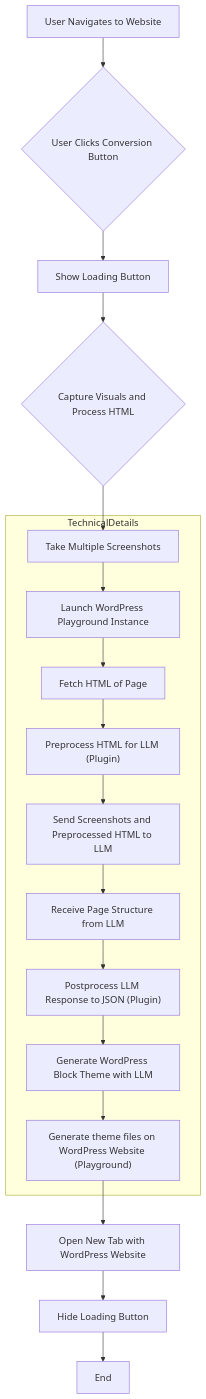
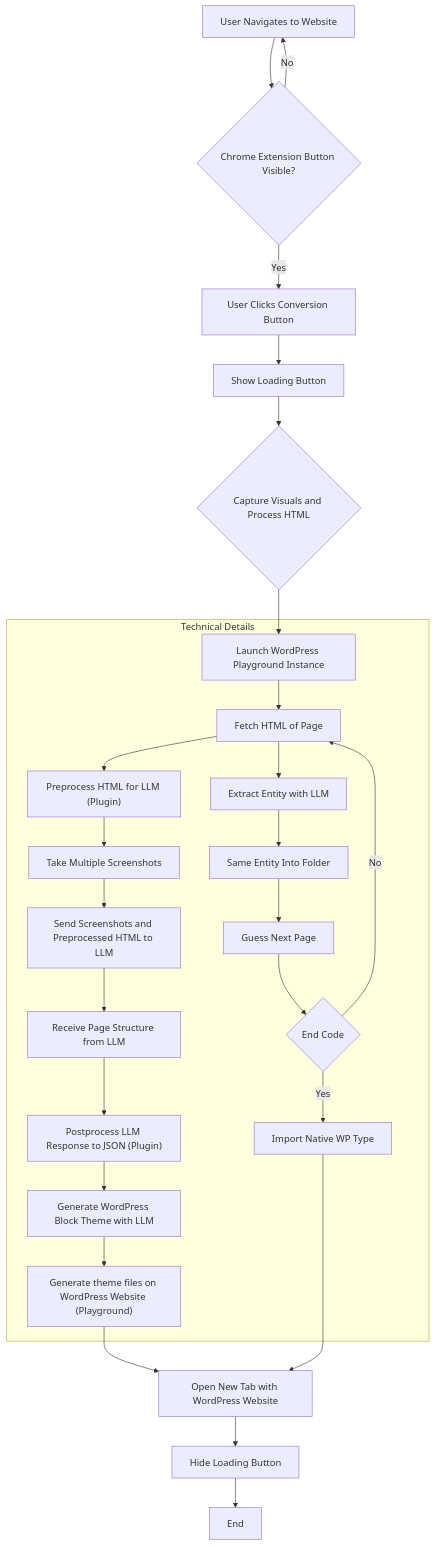
One commit to CMSFreedomOrg/CMSFreedom changed the diagram in README.md. Above: the diagram before and after it, drawn with Mermaid.

````diff
--- a/README.md
+++ b/README.md
@@ -20,30 +20,44 @@
 ```mermaid
 graph TD
-    UserNavigatesWebsite[User Navigates to Website] --> UserClicksConversionButton{User Clicks Conversion Button};
+    UserNavigatesWebsite[User Navigates to Website] --> CheckExtensionButtonVisibility{Chrome Extension Button Visible?};
+    CheckExtensionButtonVisibility -- Yes --> UserClicksConversionButton[User Clicks Conversion Button];
+    CheckExtensionButtonVisibility -- No --> UserNavigatesWebsite;
     UserClicksConversionButton --> ShowLoadingButton[Show Loading Button];
     ShowLoadingButton --> CaptureVisualsAndProcessHTML{Capture Visuals and Process HTML};
-    CaptureVisualsAndProcessHTML --> CapturePageScreenshots[Take Multiple Screenshots];
-    CapturePageScreenshots --> LaunchWordPressPlayground[Launch WordPress Playground Instance];
+    CaptureVisualsAndProcessHTML --> LaunchWordPressPlayground[Launch WordPress Playground Instance];
     LaunchWordPressPlayground --> FetchPageHTML[Fetch HTML of Page];
     FetchPageHTML --> PreprocessHTMLForLLM["Preprocess HTML for LLM (Plugin)"];
-    PreprocessHTMLForLLM --> SendDataToLLM[Send Screenshots and Preprocessed HTML to LLM];
+    PreprocessHTMLForLLM --> CapturePageScreenshots[Take Multiple Screenshots];
+    CapturePageScreenshots --> SendDataToLLM[Send Screenshots and Preprocessed HTML to LLM];
     SendDataToLLM --> ReceiveLLMPageStructure[Receive Page Structure from LLM];
     ReceiveLLMPageStructure --> PostprocessLLMResponse["Postprocess LLM Response to JSON (Plugin)"];
     PostprocessLLMResponse --> QueryLLMForGeneratingBlock[Generate WordPress Block Theme with LLM];
     QueryLLMForGeneratingBlock --> GenerateThemeFiles["Generate theme files on WordPress Website (Playground)"];
     GenerateThemeFiles --> OpenNewTabWithWordPress[Open New Tab with WordPress Website];
     OpenNewTabWithWordPress --> HideLoadingButton[Hide Loading Button];
     HideLoadingButton --> ProcessComplete[End];
+    FetchPageHTML --> ExtractEntity["Extract Entity with LLM"];
+    ExtractEntity --> SameEntityIntoFolder["Same Entity Into Folder"];
+    SameEntityIntoFolder --> GuessNextPage["Guess Next Page"];
+    GuessNextPage --> EndCode{End Code};
+    EndCode -- Yes --> ImportNativeWPType["Import Native WP Type"];
+    EndCode -- No --> FetchPageHTML;
+    ImportNativeWPType --> OpenNewTabWithWordPress
 
-    subgraph TechnicalDetails
+    subgraph Technical Details
         LaunchWordPressPlayground;
         FetchPageHTML;
         PreprocessHTMLForLLM;
         CapturePageScreenshots;
         SendDataToLLM;
         QueryLLMForGeneratingBlock;
         GenerateThemeFiles;
         ReceiveLLMPageStructure;
         PostprocessLLMResponse;
+        ExtractEntity;
+        SameEntityIntoFolder;
+        GuessNextPage;
+        EndCode;
+        ImportNativeWPType;
     end
 ```
````
